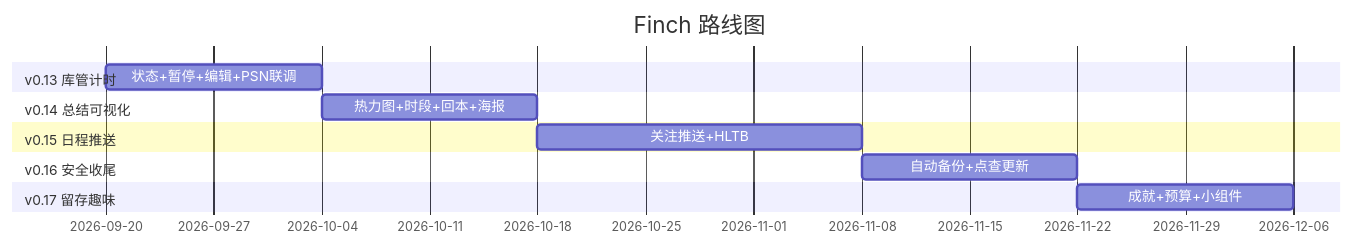
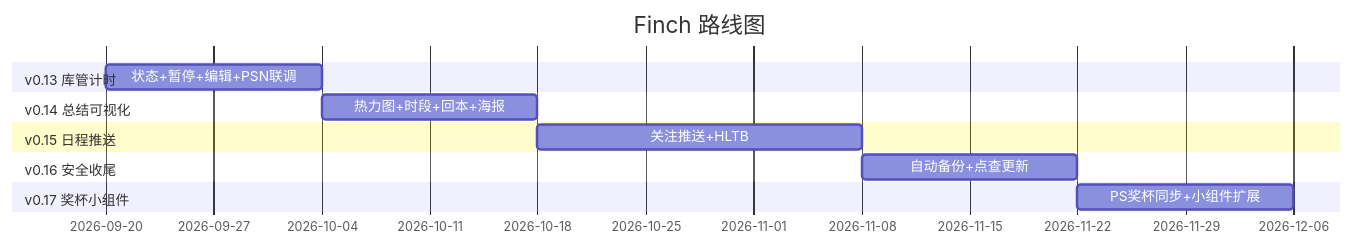
One commit to NeneRobo32/Finch changed the diagram in ROADMAP.md. Above: the diagram before and after it, drawn with Mermaid. The commit also changed other lines of this file and 19 other files, not shown here.

````diff
--- a/ROADMAP.md
+++ b/ROADMAP.md
@@ -35,15 +35,15 @@
 ```mermaid
 gantt
     title Finch 路线图
     dateFormat  YYYY-MM-DD
     section v0.13 库管计时
     状态+暂停+编辑+PSN联调       :a1, 2026-09-20, 14d
     section v0.14 总结可视化
     热力图+时段+回本+海报        :a2, after a1, 14d
     section v0.15 日程推送
     关注推送+HLTB               :a3, after a2, 21d
     section v0.16 安全收尾
     自动备份+点查更新           :a4, after a3, 14d
-    section v0.17 留存趣味
-    成就+预算+小组件            :a5, after a4, 14d
+    section v0.17 奖杯小组件
+    PS奖杯同步+小组件扩展        :a5, after a4, 14d
 ```
````
